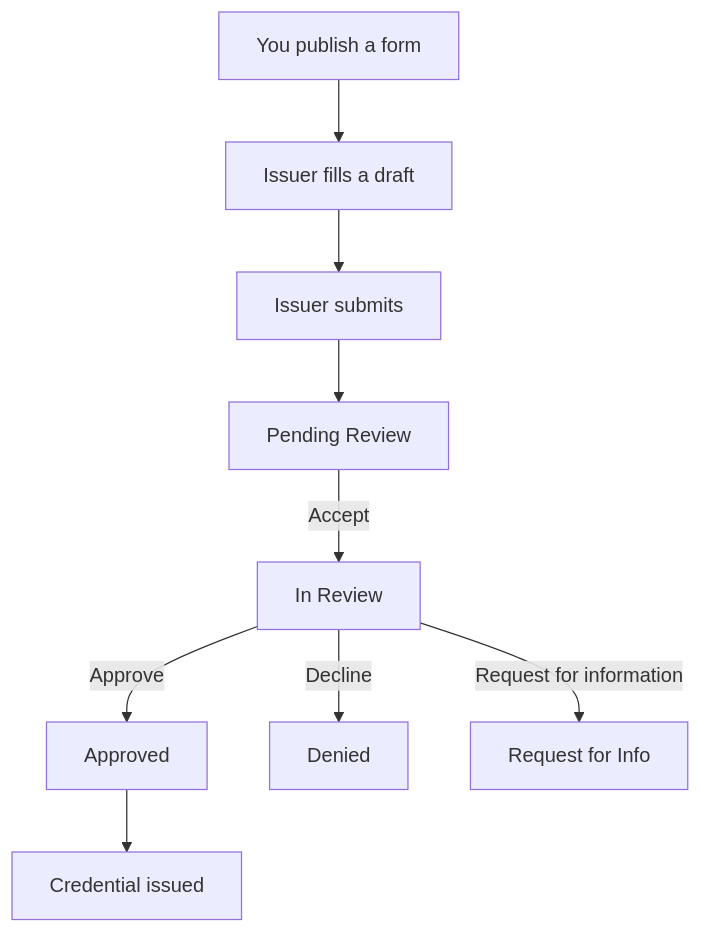
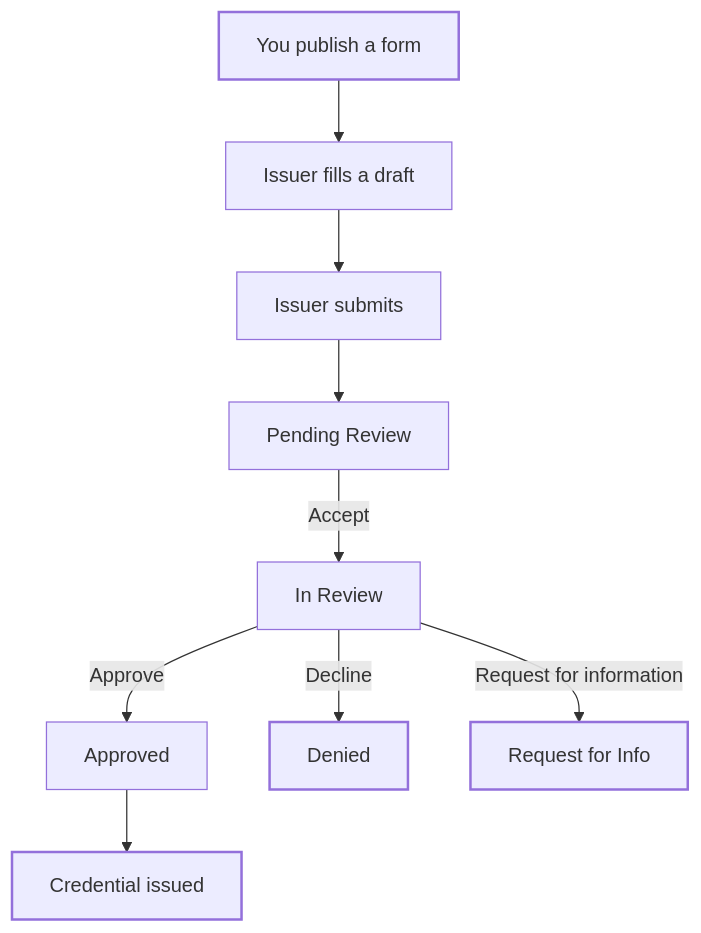
Before and after one commit to blupryntco/docs: the diagram in proof/applications.mdx, drawn with Mermaid. The commit also changed 54 other files, not shown here.

Commit message:
Diagrams in site palette with dark mode; Developers overview for SDK + both APIs

````diff
--- a/proof/applications.mdx
+++ b/proof/applications.mdx
@@ -21,11 +21,15 @@
 ```mermaid
 flowchart TD
   A[You publish a form] --> B[Issuer fills a draft]
   B --> C[Issuer submits]
   C --> D[Pending Review]
   D -->|Accept| E[In Review]
   E -->|Approve| F[Approved]
   F --> G[Credential issued]
   E -->|Decline| H[Denied]
   E -->|Request for information| I[Request for Info]
+classDef start stroke-width:2px
+classDef done stroke-width:2px
+class A start
+class G,H,I done
 ```
````
